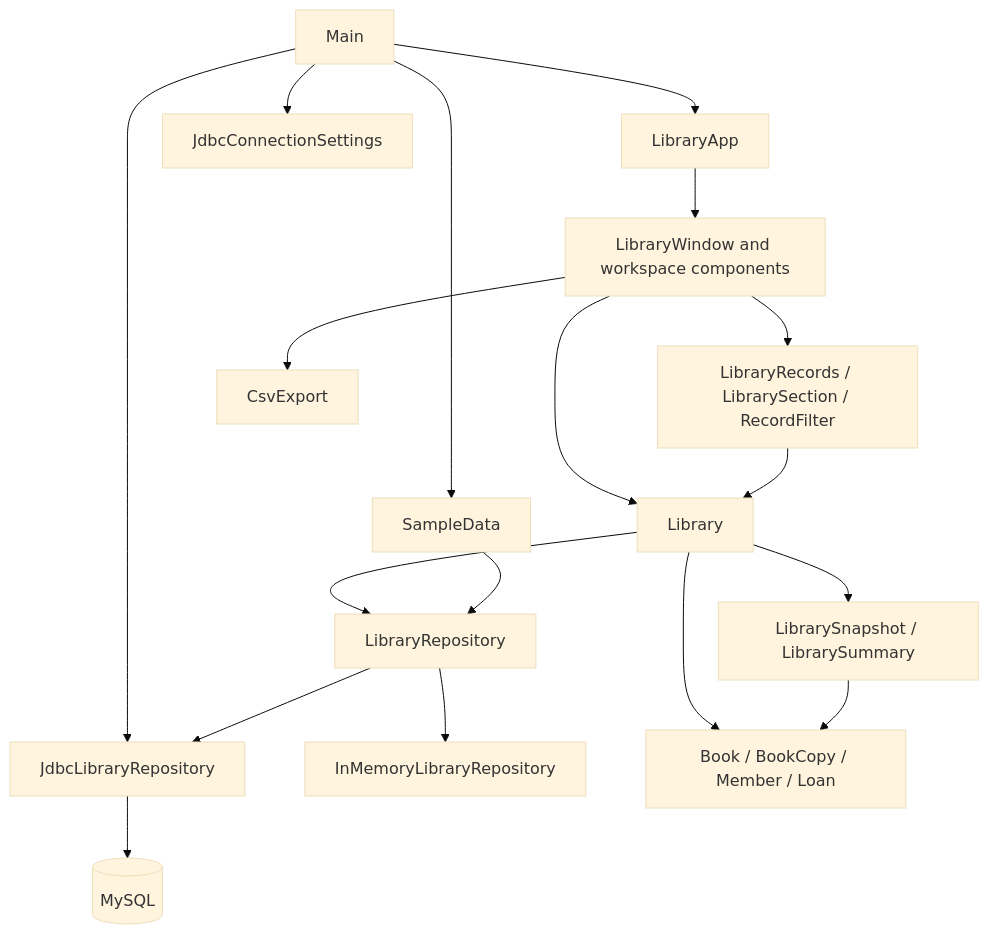
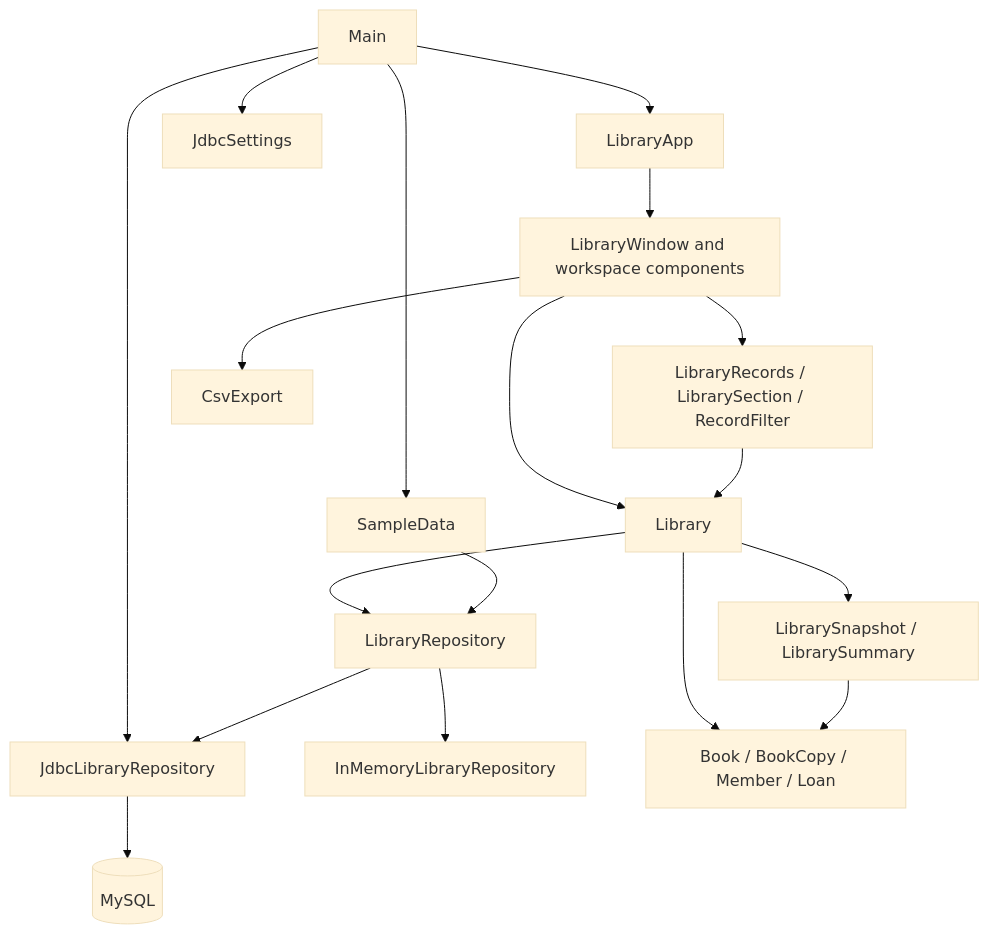
One commit to danielTongu/library-management-system changed the diagram in docs/architecture.md. Above: the diagram before and after it, drawn with Mermaid (base theme). The commit also changed 4 other files, not shown here.

Commit message:
Renamed to JdbcSettings throughout code, checks, and documentation.

````diff
--- a/docs/architecture.md
+++ b/docs/architecture.md
@@ -12,20 +12,20 @@
 ```mermaid
 flowchart TB
     Main --> LibraryApp
     Main --> SampleData
-    Main --> JdbcConnectionSettings
+    Main --> JdbcSettings
     Main --> JDBC[JdbcLibraryRepository]
     LibraryApp --> UI[LibraryWindow and workspace components]
     UI --> Library
     UI --> Rows[LibraryRecords / LibrarySection / RecordFilter]
     UI --> CSV[CsvExport]
     Rows --> Library
     Library --> Snapshot[LibrarySnapshot / LibrarySummary]
     Library --> Contract[LibraryRepository]
     Contract --> Memory[InMemoryLibraryRepository]
     Contract --> JDBC
     JDBC --> DB[(MySQL)]
     Library --> Model[Book / BookCopy / Member / Loan]
     Snapshot --> Model
     SampleData --> Contract
 ```
````
